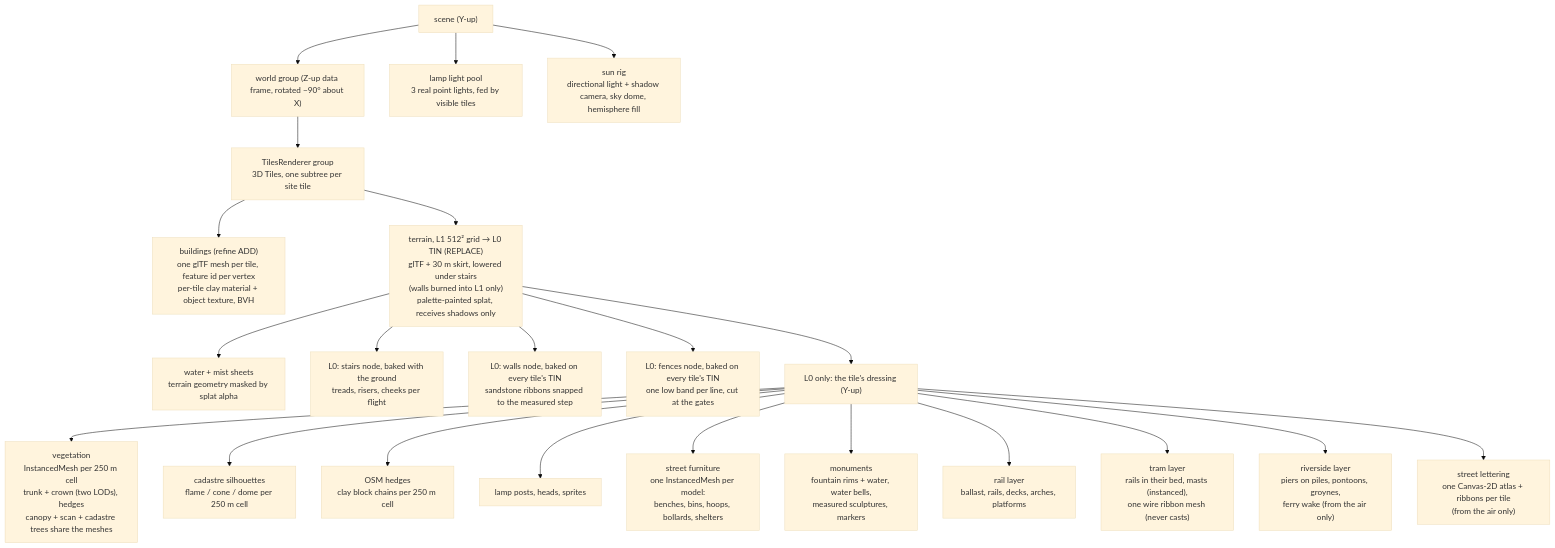
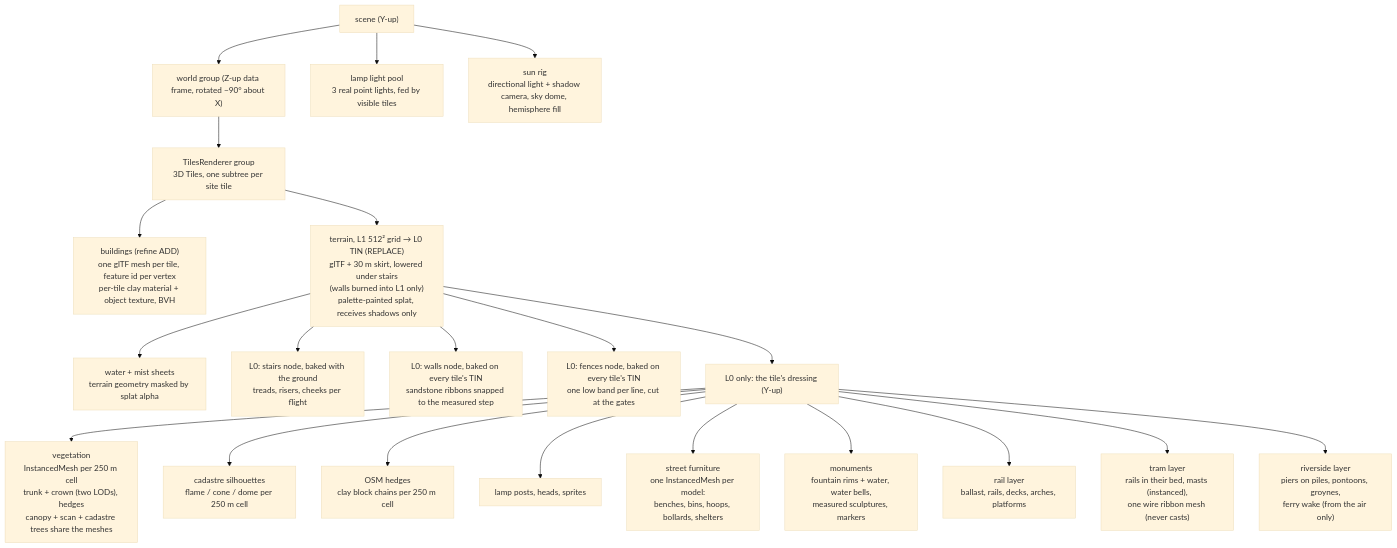
One commit to mdugue/bridge changed the first of 2 diagrams in docs/rendering.md. Above: the diagram before and after it, drawn with Mermaid (base theme). The commit also changed other lines of this file and 58 other files, not shown here.

First line of the commit message:
revert(names): remove the street and square names

````diff
--- a/docs/rendering.md
+++ b/docs/rendering.md
@@ -25,27 +25,26 @@
 ```mermaid
 flowchart TB
   SCENE["scene (Y-up)"]
   WORLD["world group (Z-up data frame, rotated −90° about X)"]
   TILES["TilesRenderer group<br/>3D Tiles, one subtree per site tile"]
   SCENE --> WORLD
   WORLD --> TILES
   TILES --> CITY["buildings (refine ADD)<br/>one glTF mesh per tile, feature id per vertex<br/>per-tile clay material + object texture, BVH"]
   TILES --> TER["terrain, L1 512² grid → L0 TIN (REPLACE)<br/>glTF + 30 m skirt, lowered under stairs<br/>(walls burned into L1 only)<br/>palette-painted splat, receives shadows only"]
   TER --> WAT["water + mist sheets<br/>terrain geometry masked by splat alpha"]
   TER --> STAIR["L0: stairs node, baked with the ground<br/>treads, risers, cheeks per flight"]
   TER --> WALL["L0: walls node, baked on every tile's TIN<br/>sandstone ribbons snapped to the measured step"]
   TER --> FENCE["L0: fences node, baked on every tile's TIN<br/>one low band per line, cut at the gates"]
   TER --> DRESS["L0 only: the tile's dressing (Y-up)"]
   DRESS --> VEG["vegetation<br/>InstancedMesh per 250 m cell<br/>trunk + crown (two LODs), hedges<br/>canopy + scan + cadastre trees share the meshes"]
   DRESS --> INV["cadastre silhouettes<br/>flame / cone / dome per 250 m cell"]
   DRESS --> LOW["OSM hedges<br/>clay block chains per 250 m cell"]
   DRESS --> LAMP["lamp posts, heads, sprites"]
   DRESS --> FURN["street furniture<br/>one InstancedMesh per model:<br/>benches, bins, hoops, bollards, shelters"]
   DRESS --> MON["monuments<br/>fountain rims + water, water bells,<br/>measured sculptures, markers"]
   DRESS --> RAIL["rail layer<br/>ballast, rails, decks, arches, platforms"]
   DRESS --> TRAM["tram layer<br/>rails in their bed, masts (instanced),<br/>one wire ribbon mesh (never casts)"]
   DRESS --> RIV["riverside layer<br/>piers on piles, pontoons, groynes,<br/>ferry wake (from the air only)"]
-  DRESS --> NAMES["street lettering<br/>one Canvas-2D atlas + ribbons per tile<br/>(from the air only)"]
   SCENE --> LIGHTS["lamp light pool<br/>3 real point lights, fed by visible tiles"]
   SCENE --> SUN["sun rig<br/>directional light + shadow camera, sky dome, hemisphere fill"]
 ```
````
